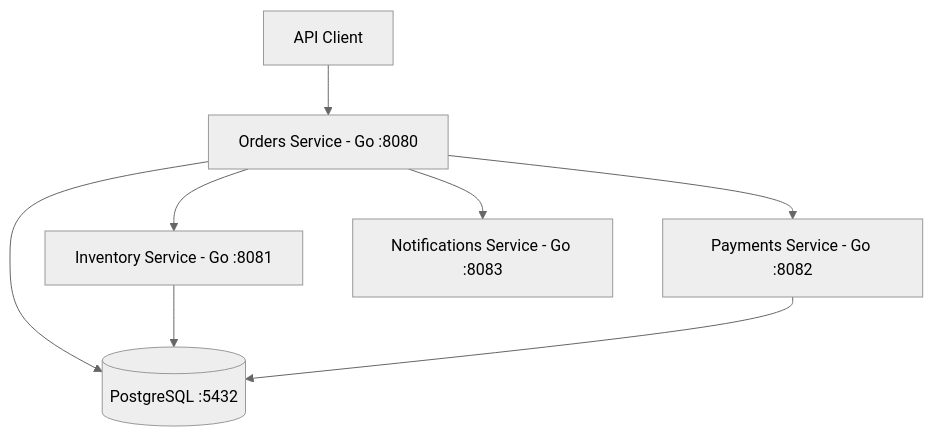
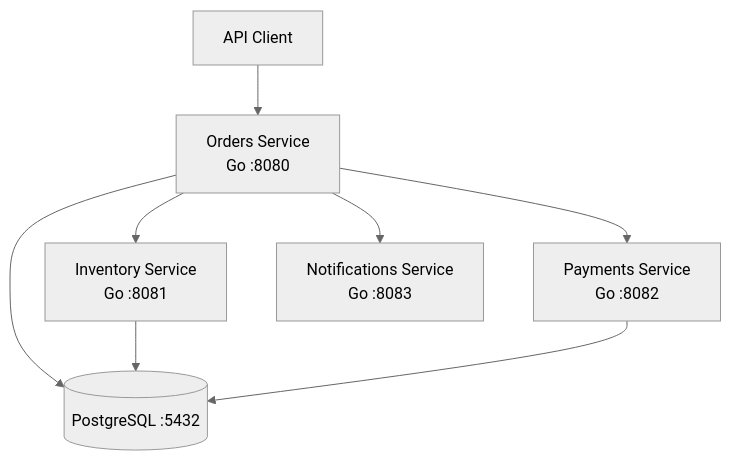
One commit to Ronitbera/cloud-native-marketplace changed the diagram in README.md. Above: the diagram before and after it, drawn with Mermaid (neutral theme). The commit also changed other lines of this file, not shown here.

Commit message:
Enhance architecture diagram in README
Updated architecture diagram with improved labeling.

````diff
--- a/README.md
+++ b/README.md
@@ -7,17 +8,17 @@
 ```mermaid
 flowchart TD
-    Client[API Client]
-    Orders[Orders Service - Go :8080]
-    Inventory[Inventory Service - Go :8081]
-    Payments[Payments Service - Go :8082]
-    Notifications[Notifications Service - Go :8083]
-    DB[(PostgreSQL :5432)]
+    Client["API Client"]
+    Orders["Orders Service<br/>Go :8080"]
+    Inventory["Inventory Service<br/>Go :8081"]
+    Payments["Payments Service<br/>Go :8082"]
+    Notifications["Notifications Service<br/>Go :8083"]
+    DB[("PostgreSQL :5432")]
 
     Client --> Orders
     Orders --> Inventory
     Orders --> Payments
     Orders --> Notifications
     Orders --> DB
     Inventory --> DB
     Payments --> DB
 ```
````
